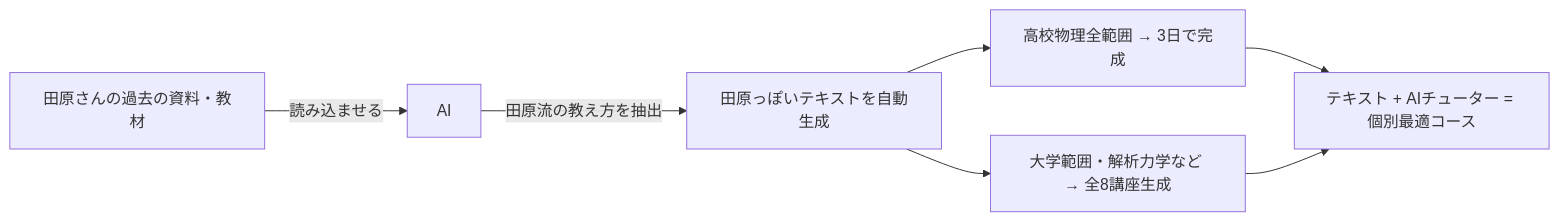
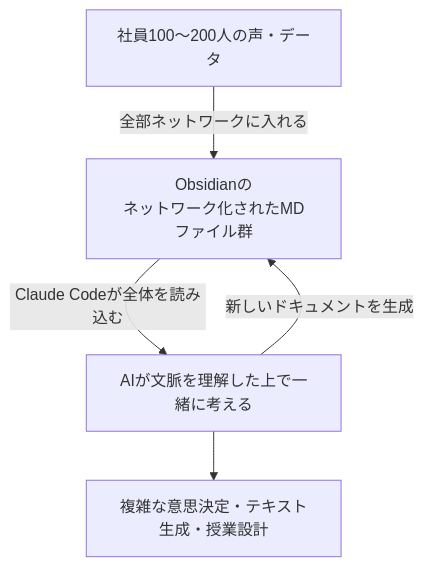
Before and after one commit to VOMOYA/kaetsu-ai-kenshu: the second of 2 diagrams in 第3回_かえつ有明AI研修.md, drawn with Mermaid. The commit also changed other lines of this file, not shown here.

Commit message:
update: 第3回レポート — グループ発表・ジャストインタイム学習・Claude Code×Obsidianまで記録

````diff
--- a/第3回_かえつ有明AI研修.md
+++ b/第3回_かえつ有明AI研修.md
@@ -180,9 +233,7 @@
 ```mermaid
-graph LR
-  A[田原さんの過去の資料・教材] -->|読み込ませる| B[AI]
-  B -->|田原流の教え方を抽出| C[田原っぽいテキストを自動生成]
-  C --> D[高校物理全範囲 → 3日で完成]
-  C --> E[大学範囲・解析力学など → 全8講座生成]
-  D --> F[テキスト + AIチューター = 個別最適コース]
-  E --> F
+graph TD
+  A[Obsidianの<br/>ネットワーク化されたMDファイル群] -->|Claude Codeが全体を読み込む| B[AIが文脈を理解した上で一緒に考える]
+  B -->|新しいドキュメントを生成| A
+  C[社員100〜200人の声・データ] -->|全部ネットワークに入れる| A
+  B --> D[複雑な意思決定・テキスト生成・授業設計]
 ```
````
